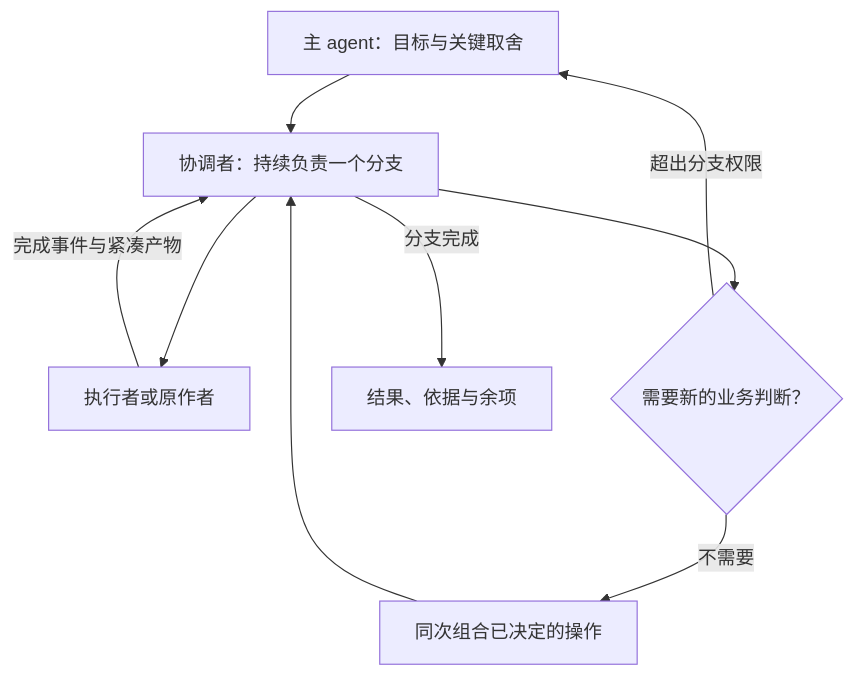
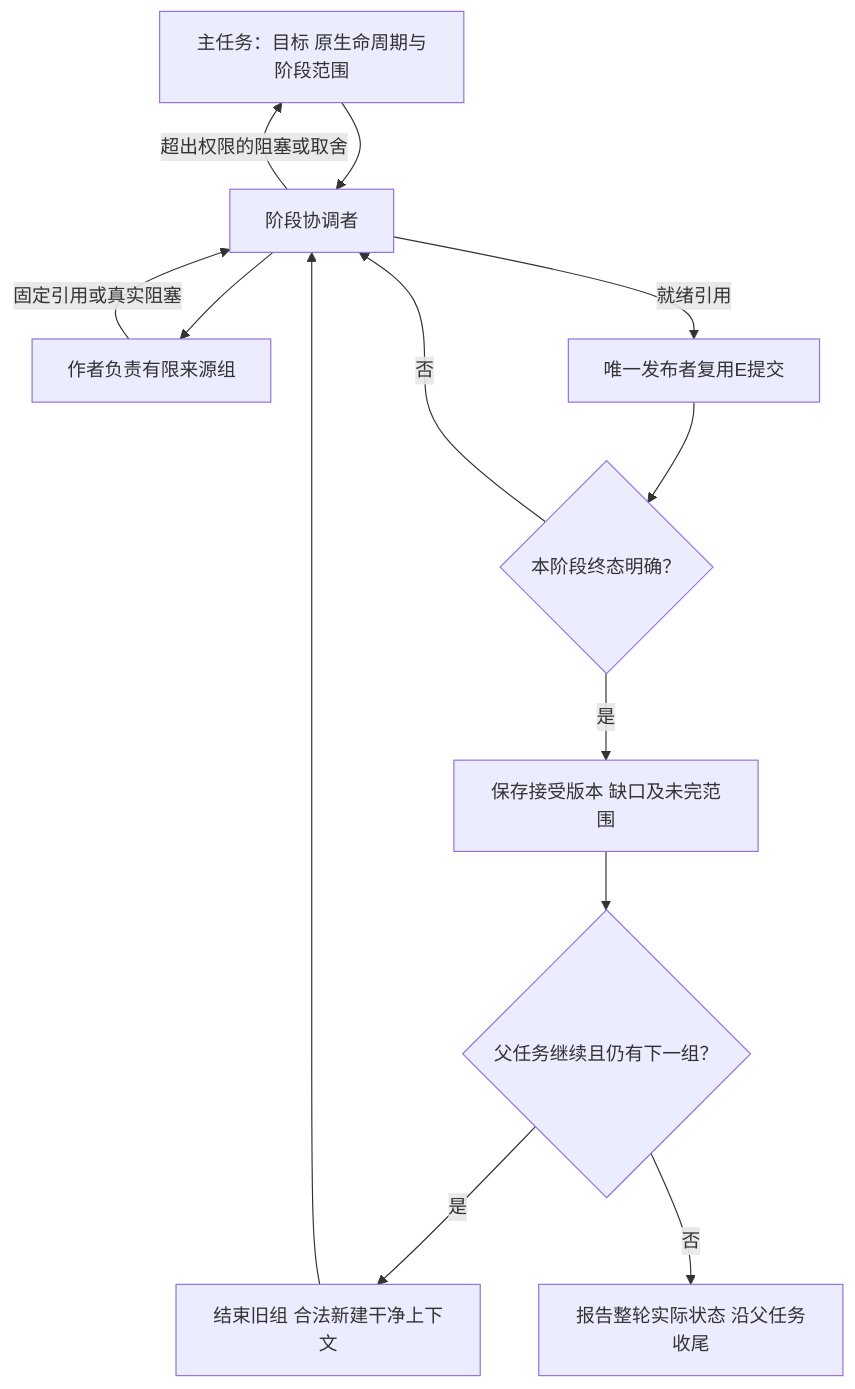
One commit to YS-Pan/basePack changed the third of 4 diagrams in devDoc/tasks/20261115-real-use-rectification/plan.md. Above: the diagram before and after it, drawn with Mermaid. The commit also changed other lines of this file and 4 other files, not shown here.

````diff
--- a/devDoc/tasks/20261115-real-use-rectification/plan.md
+++ b/devDoc/tasks/20261115-real-use-rectification/plan.md
@@ -92,11 +107,15 @@
 ```mermaid
 flowchart TD
-  A[主 agent：目标与关键取舍] --> B[协调者：持续负责一个分支]
-  B --> C[执行者或原作者]
-  C -->|完成事件与紧凑产物| B
-  B --> D{需要新的业务判断？}
-  D -->|不需要| E[同次组合已决定的操作]
-  E --> B
-  D -->|超出分支权限| A
-  B -->|分支完成| F[结果、依据与余项]
+  A[主任务：目标 原生命周期与阶段范围] --> B[阶段协调者]
+  B --> C[作者负责有限来源组]
+  C -->|固定引用或真实阻塞| B
+  B -->|就绪引用| D[唯一发布者复用E提交]
+  B -->|超出权限的阻塞或取舍| A
+  D --> E{本阶段终态明确？}
+  E -->|否| B
+  E -->|是| F[保存接受版本 缺口及未完范围]
+  F --> G{父任务继续且仍有下一组？}
+  G -->|是| H[结束旧组 合法新建干净上下文]
+  H --> B
+  G -->|否| I[报告整轮实际状态 沿父任务收尾]
 ```
````
